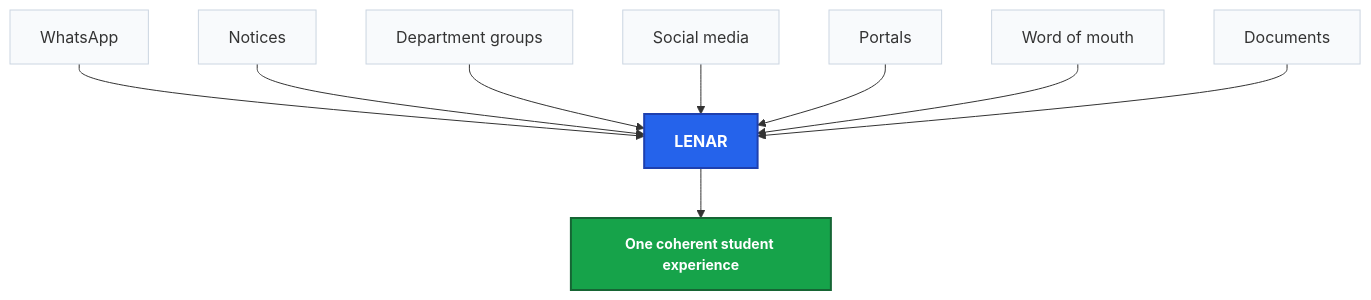
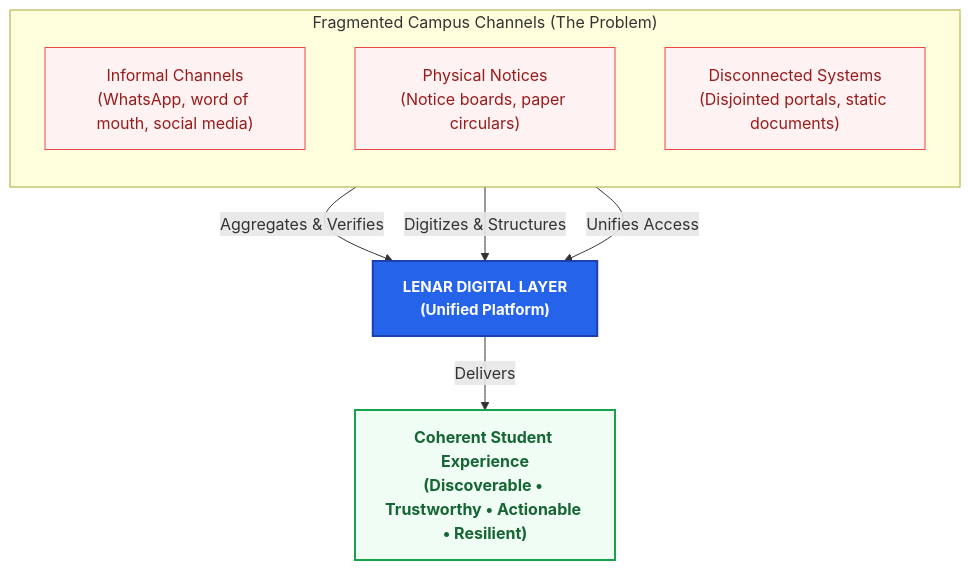
Before and after one commit to davidalbertstark-lab/Lenar: the first of 3 diagrams in docs/product/01-Lenar-Foundation.md, drawn with Mermaid. The commit also changed other lines of this file and 28 other files, not shown here.

Commit message:
docs: system-wide diagram redesign for first-instance comprehension

````diff
--- a/docs/product/01-Lenar-Foundation.md
+++ b/docs/product/01-Lenar-Foundation.md
@@ -28,22 +31,22 @@
 ```mermaid
 flowchart TD
-    classDef source fill:#f8fafc,stroke:#cbd5e1,stroke-width:1px
-    classDef lenar fill:#2563eb,color:#fff,stroke:#1e40af,stroke-width:2px,font-weight:bold,font-size:16px
-    classDef outcome fill:#16a34a,color:#fff,stroke:#166534,stroke-width:2px,font-weight:bold,font-size:14px
+    classDef problem fill:#fef2f2,stroke:#ef4444,stroke-width:1px,color:#991b1b
+    classDef platform fill:#2563eb,color:#fff,stroke:#1e40af,stroke-width:2px,font-weight:bold,font-size:15px
+    classDef outcome fill:#f0fdf4,stroke:#16a34a,stroke-width:2px,color:#166534,font-weight:bold
 
-    W[WhatsApp]
-    N[Notices]
-    D[Department groups]
-    S[Social media]
-    P[Portals]
-    M[Word of mouth]
-    Doc[Documents]
+    subgraph FragmentedSources ["Fragmented Campus Channels (The Problem)"]
+        direction TB
+        Ch1["Informal Channels<br/>(WhatsApp, word of mouth, social media)"]:::problem
+        Ch2["Physical Notices<br/>(Notice boards, paper circulars)"]:::problem
+        Ch3["Disconnected Systems<br/>(Disjointed portals, static documents)"]:::problem
+    end
 
-    W & N & D & S & P & M & Doc --> L[LENAR]
-    
-    L --> E[One coherent student experience]
-    
-    class W,N,D,S,P,M,Doc source;
-    class L lenar;
-    class E outcome;
+    Lenar["LENAR DIGITAL LAYER<br/>(Unified Platform)"]:::platform
+
+    Outcome["Coherent Student Experience<br/>(Discoverable • Trustworthy • Actionable • Resilient)"]:::outcome
+
+    Ch1 -->|Aggregates & Verifies| Lenar
+    Ch2 -->|Digitizes & Structures| Lenar
+    Ch3 -->|Unifies Access| Lenar
+    Lenar -->|Delivers| Outcome
 ```
````
